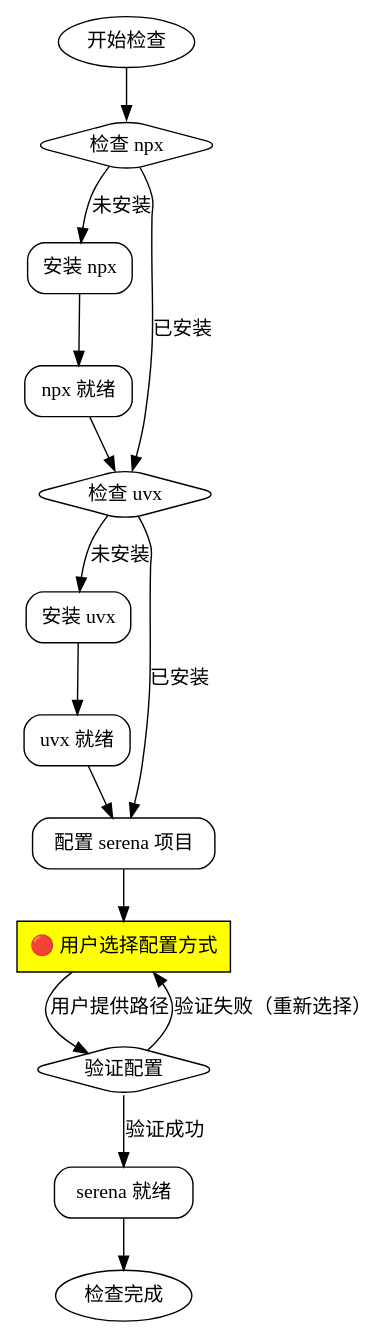
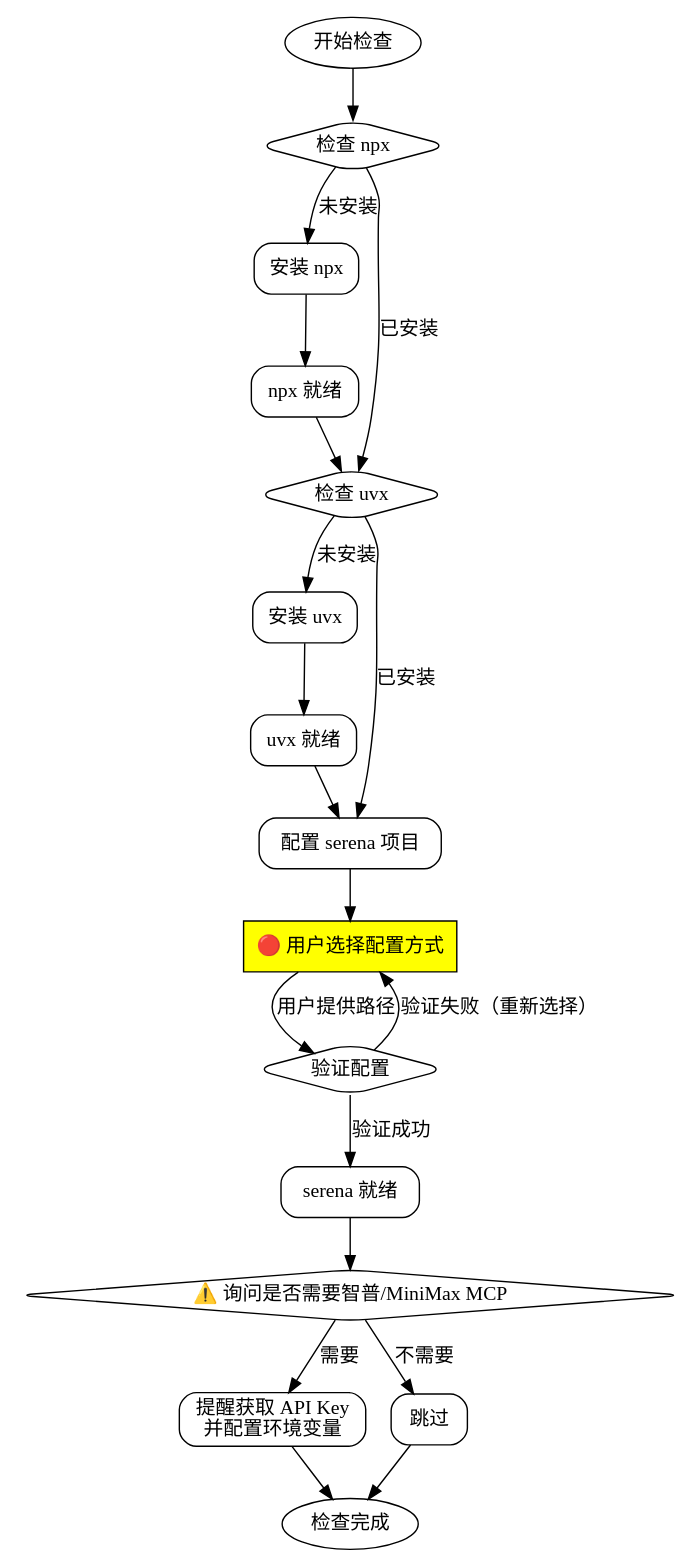
Before and after one commit to ymm512/Cadence-skills: the second of 2 diagrams in skills/pre-check/SKILL.md, drawn with Graphviz. The commit also changed other lines of this file and 3 other files, not shown here.

````diff
--- a/skills/pre-check/SKILL.md
+++ b/skills/pre-check/SKILL.md
@@ -46,44 +47,53 @@
 ```dot
 digraph check_flow {
     rankdir=TB;
     node [shape=box, style="rounded"];
 
     start [label="开始检查", shape=ellipse];
 
     // 步骤1
     check_npx [label="检查 npx", shape=diamond];
     install_npx [label="安装 npx"];
     npx_done [label="npx 就绪"];
 
     // 步骤2
     check_uvx [label="检查 uvx", shape=diamond];
     install_uvx [label="安装 uvx"];
     uvx_done [label="uvx 就绪"];
 
     // 步骤3
     check_serena [label="配置 serena 项目"];
     user_choice [label="🔴 用户选择配置方式", shape=box, style=filled, fillcolor=yellow];
     validate_serena [label="验证配置", shape=diamond];
     serena_found [label="serena 就绪"];
 
+    // 步骤4（可选）
+    ask_apikey [label="⚠️ 询问是否需要智普/MiniMax MCP", shape=diamond];
+    remind_apikey [label="提醒获取 API Key\n并配置环境变量"];
+    skip_apikey [label="跳过"];
+
     end [label="检查完成", shape=ellipse];
 
     start -> check_npx;
     check_npx -> install_npx [label="未安装"];
     check_npx -> check_uvx [label="已安装"];
     install_npx -> npx_done;
     npx_done -> check_uvx;
 
     check_uvx -> install_uvx [label="未安装"];
     check_uvx -> check_serena [label="已安装"];
     install_uvx -> uvx_done;
     uvx_done -> check_serena;
 
     check_serena -> user_choice;
     user_choice -> validate_serena [label="用户提供路径"];
     validate_serena -> serena_found [label="验证成功"];
     validate_serena -> user_choice [label="验证失败（重新选择）"];
 
-    serena_found -> end;
+    serena_found -> ask_apikey;
+    ask_apikey -> remind_apikey [label="需要"];
+    ask_apikey -> skip_apikey [label="不需要"];
+    remind_apikey -> end;
+    skip_apikey -> end;
 }
 ```
````
